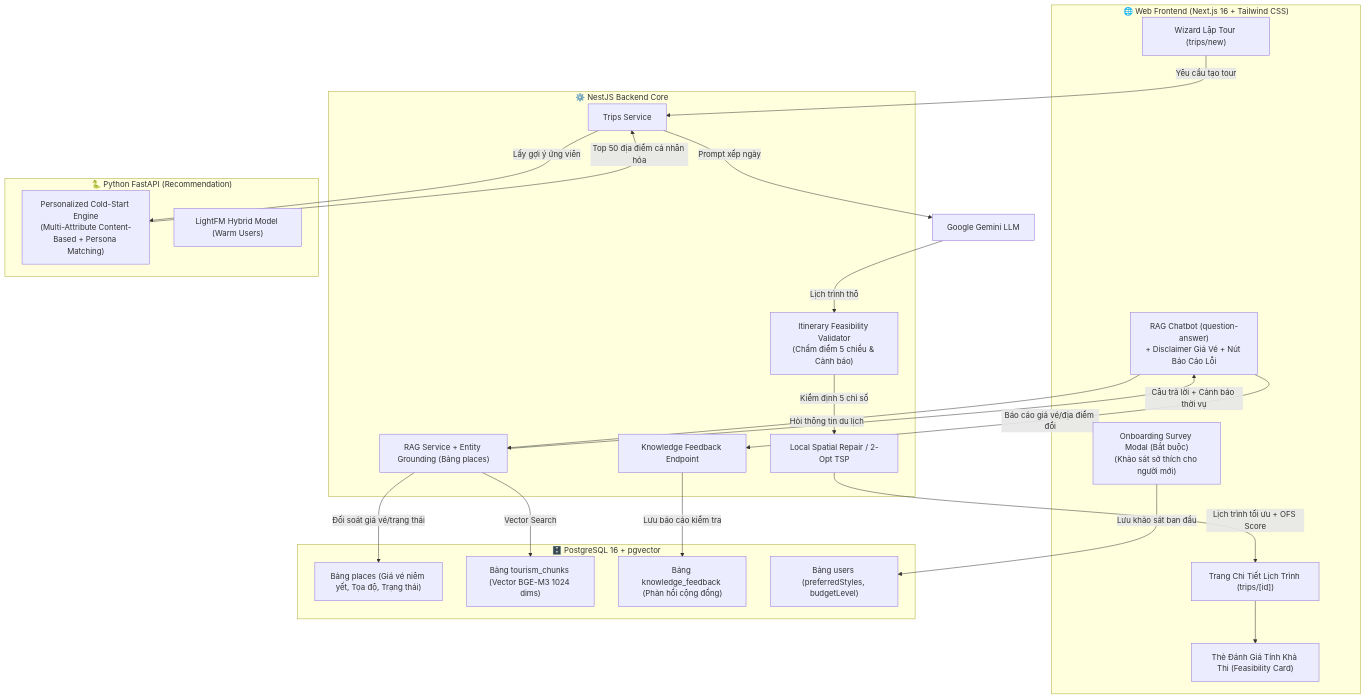
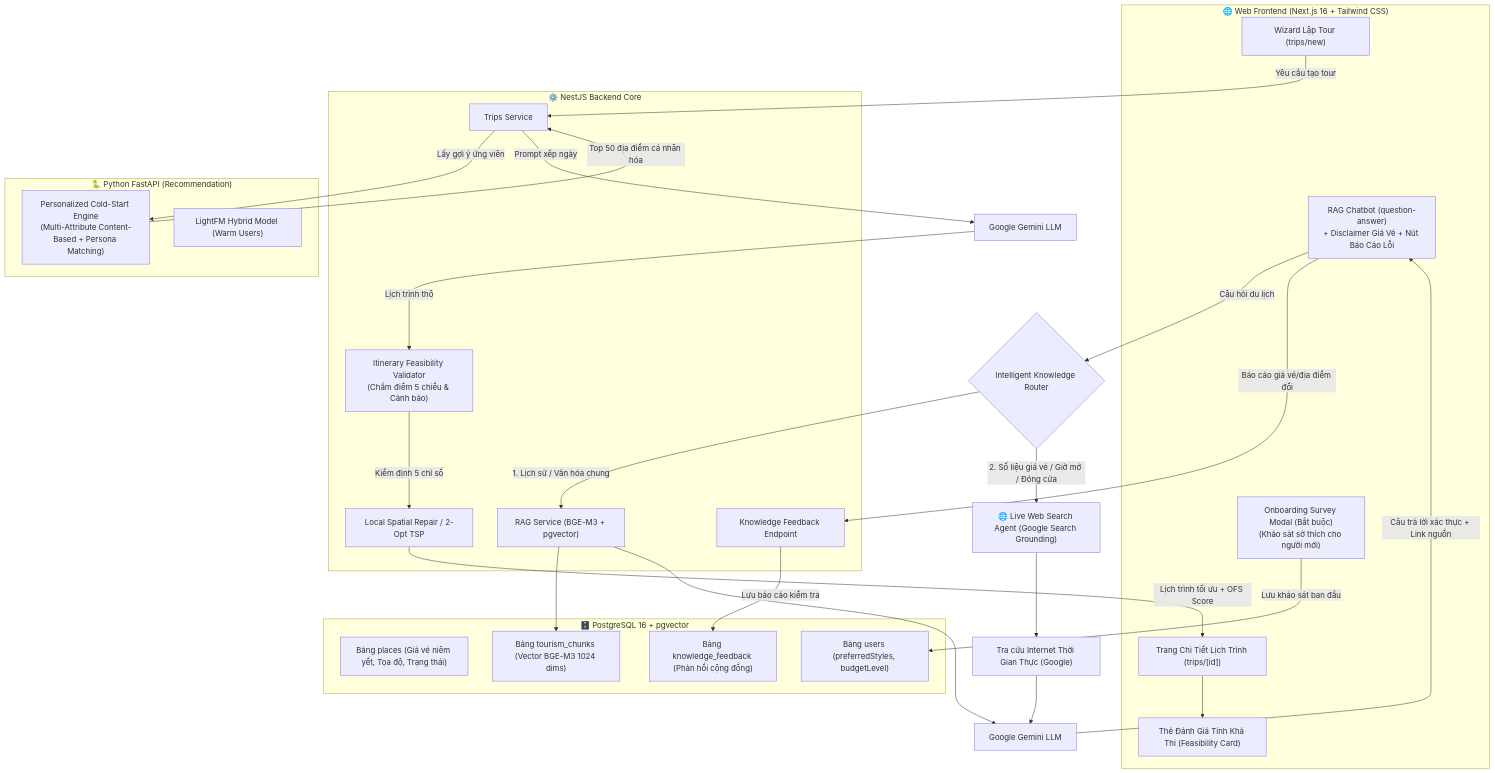
One commit to hoducvinhh/Ai-Travel-Planner changed the first of 2 diagrams in plan.md. Above: the diagram before and after it, drawn with Mermaid. The commit also changed other lines of this file, not shown here.

````diff
--- a/plan.md
+++ b/plan.md
@@ -20,47 +20,53 @@
 ```mermaid
 flowchart TD
     subgraph WebFrontend["🌐 Web Frontend (Next.js 16 + Tailwind CSS)"]
         UI_Onboarding["Onboarding Survey Modal (Bắt buộc)\n(Khảo sát sở thích cho người mới)"]
         UI_Wizard["Wizard Lập Tour (trips/new)"]
         UI_TripDetail["Trang Chi Tiết Lịch Trình (trips/[id])"]
         UI_FeasCard["Thẻ Đánh Giá Tính Khả Thi (Feasibility Card)"]
         UI_Chat["RAG Chatbot (question-answer)\n+ Disclaimer Giá Vé + Nút Báo Cáo Lỗi"]
     end
 
     subgraph BackendNest["⚙️ NestJS Backend Core"]
         TripService["Trips Service"]
         Validator["Itinerary Feasibility Validator\n(Chấm điểm 5 chiều & Cảnh báo)"]
         LocalRepair["Local Spatial Repair / 2-Opt TSP"]
         RagService["RAG Service + Entity Grounding (Bảng places)"]
         FeedbackController["Knowledge Feedback Endpoint"]
     end
 
     subgraph MLService["🐍 Python FastAPI (Recommendation)"]
         PersonalizedColdStart["Personalized Cold-Start Engine\n(Multi-Attribute Content-Based + Persona Matching)"]
         LightFMModel["LightFM Hybrid Model (Warm Users)"]
     end
 
     subgraph Database["🗄️ PostgreSQL 16 + pgvector"]
         DB_Places["Bảng places (Giá vé niêm yết, Tọa độ, Trạng thái)"]
         DB_Chunks["Bảng tourism_chunks (Vector BGE-M3 1024 dims)"]
         DB_Feedback["Bảng knowledge_feedback (Phản hồi cộng đồng)"]
         DB_Users["Bảng users (preferredStyles, budgetLevel)"]
     end
 
     UI_Onboarding -->|Lưu khảo sát ban đầu| DB_Users
     UI_Wizard -->|Yêu cầu tạo tour| TripService
     TripService -->|Lấy gợi ý ứng viên| PersonalizedColdStart
     PersonalizedColdStart -->|Top 50 địa điểm cá nhân hóa| TripService
     TripService -->|Prompt xếp ngày| GeminiLLM["Google Gemini LLM"]
     GeminiLLM -->|Lịch trình thô| Validator
     Validator -->|Kiểm định 5 chỉ số| LocalRepair
     LocalRepair -->|Lịch trình tối ưu + OFS Score| UI_TripDetail
     UI_TripDetail --> UI_FeasCard
 
-    UI_Chat -->|Hỏi thông tin du lịch| RagService
-    RagService -->|Vector Search| DB_Chunks
-    RagService -->|Đối soát giá vé/trạng thái| DB_Places
-    RagService -->|Câu trả lời + Cảnh báo thời vụ| UI_Chat
+    UI_Chat -->|Câu hỏi du lịch| Router{"Intelligent Knowledge Router"}
+    Router -->|1. Lịch sử / Văn hóa chung| RagService["RAG Service (BGE-M3 + pgvector)"]
+    Router -->|2. Số liệu giá vé / Giờ mở / Đóng cửa| WebSearchAgent["🌐 Live Web Search Agent (Google Search Grounding)"]
+    
+    RagService --> DB_Chunks
+    WebSearchAgent --> LiveInternet["Tra cứu Internet Thời Gian Thực (Google)"]
+    
+    RagService --> GeminiLLM2["Google Gemini LLM"]
+    LiveInternet --> GeminiLLM2
+    GeminiLLM2 -->|Câu trả lời xác thực + Link nguồn| UI_Chat
     UI_Chat -->|Báo cáo giá vé/địa điểm đổi| FeedbackController
     FeedbackController -->|Lưu báo cáo kiểm tra| DB_Feedback
 ```
````
